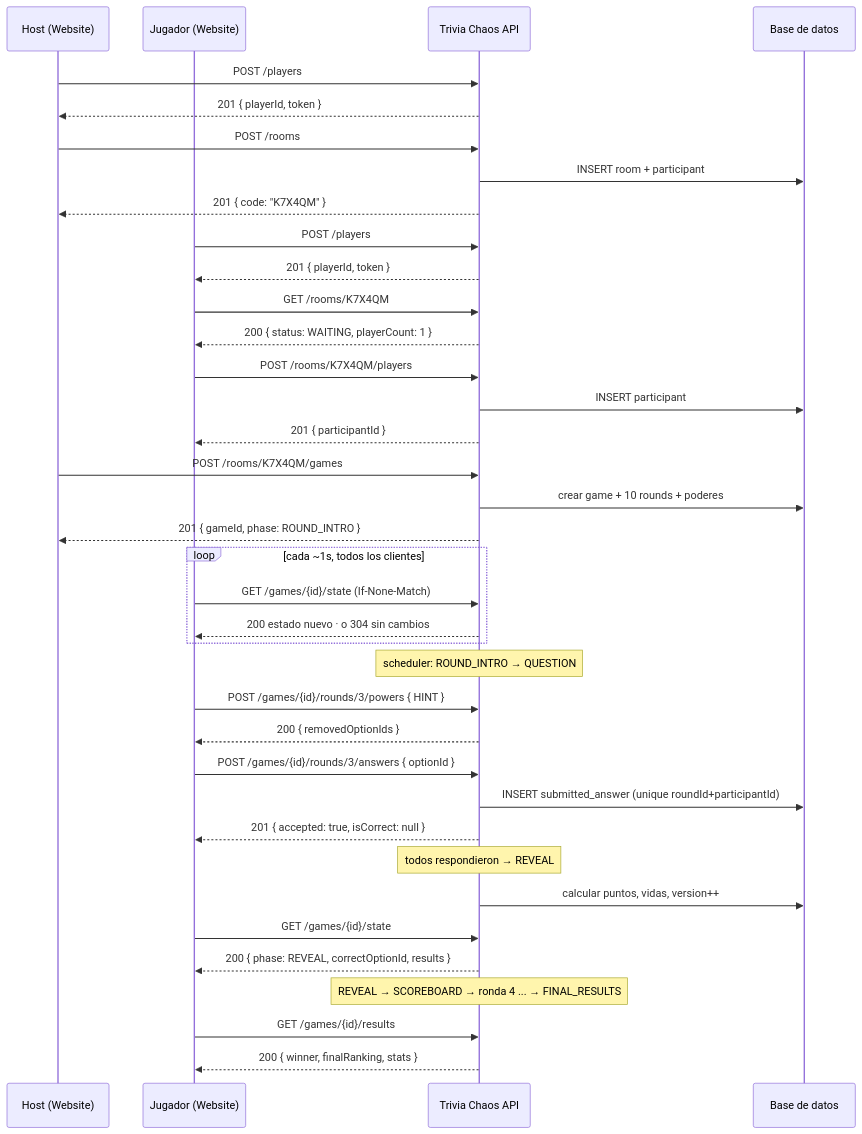
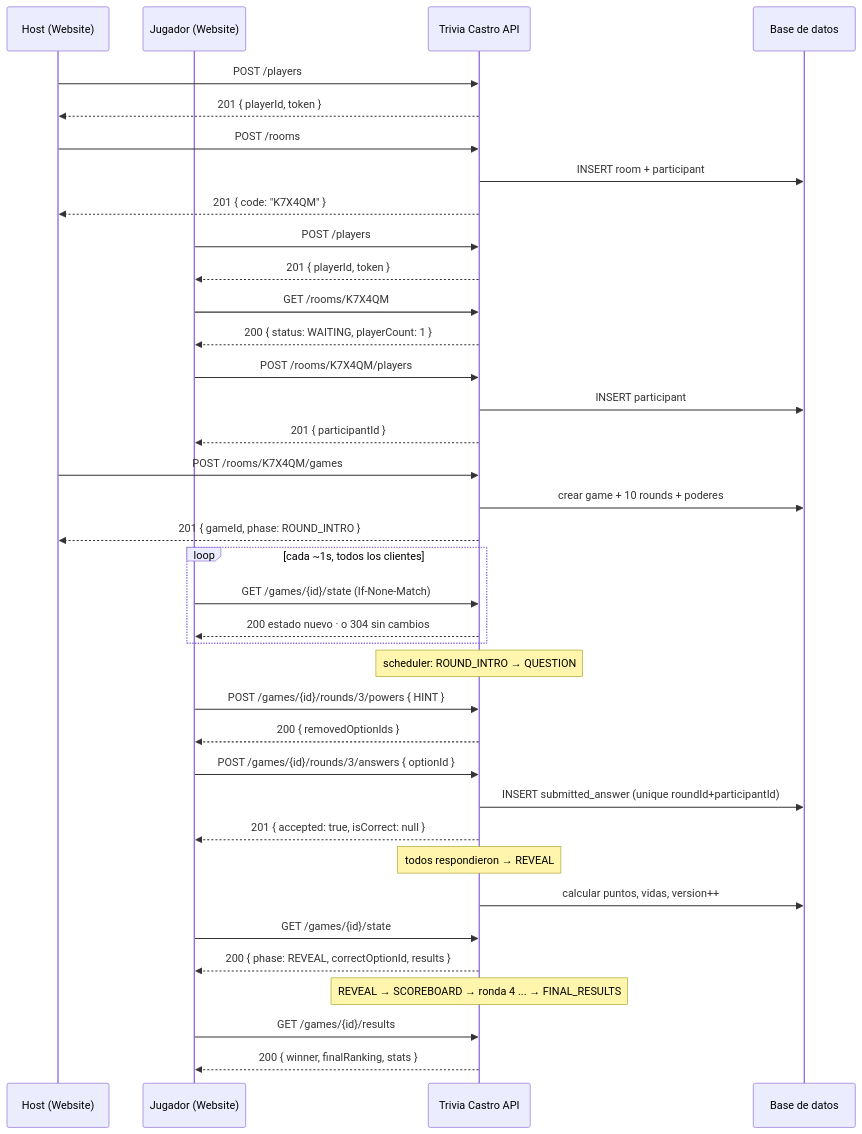
The third of 3 diagrams in docs/etapa2/referencia-api-etapa2.md (Guineote/Trivia-Castro), drawn with Mermaid before and after one commit. The commit also changed other lines of this file and 10 other files, not shown here.

Commit message:
Docs, nombre de trivia castro

````diff
--- a/docs/etapa2/referencia-api-etapa2.md
+++ b/docs/etapa2/referencia-api-etapa2.md
@@ -949,49 +949,49 @@
 ```mermaid
 sequenceDiagram
     participant H as Host (Website)
     participant J as Jugador (Website)
-    participant A as Trivia Chaos API
+    participant A as Trivia Castro API
     participant D as Base de datos
 
     H->>A: POST /players
     A-->>H: 201 { playerId, token }
     H->>A: POST /rooms
     A->>D: INSERT room + participant
     A-->>H: 201 { code: "K7X4QM" }
 
     J->>A: POST /players
     A-->>J: 201 { playerId, token }
     J->>A: GET /rooms/K7X4QM
     A-->>J: 200 { status: WAITING, playerCount: 1 }
     J->>A: POST /rooms/K7X4QM/players
     A->>D: INSERT participant
     A-->>J: 201 { participantId }
 
     H->>A: POST /rooms/K7X4QM/games
     A->>D: crear game + 10 rounds + poderes
     A-->>H: 201 { gameId, phase: ROUND_INTRO }
 
     loop cada ~1s, todos los clientes
         J->>A: GET /games/{id}/state (If-None-Match)
         A-->>J: 200 estado nuevo · o 304 sin cambios
     end
 
     Note over A: scheduler: ROUND_INTRO → QUESTION
 
     J->>A: POST /games/{id}/rounds/3/powers { HINT }
     A-->>J: 200 { removedOptionIds }
     J->>A: POST /games/{id}/rounds/3/answers { optionId }
     A->>D: INSERT submitted_answer (unique roundId+participantId)
     A-->>J: 201 { accepted: true, isCorrect: null }
 
     Note over A: todos respondieron → REVEAL
     A->>D: calcular puntos, vidas, version++
 
     J->>A: GET /games/{id}/state
     A-->>J: 200 { phase: REVEAL, correctOptionId, results }
 
     Note over A: REVEAL → SCOREBOARD → ronda 4 ... → FINAL_RESULTS
 
     J->>A: GET /games/{id}/results
     A-->>J: 200 { winner, finalRanking, stats }
 ```
````
